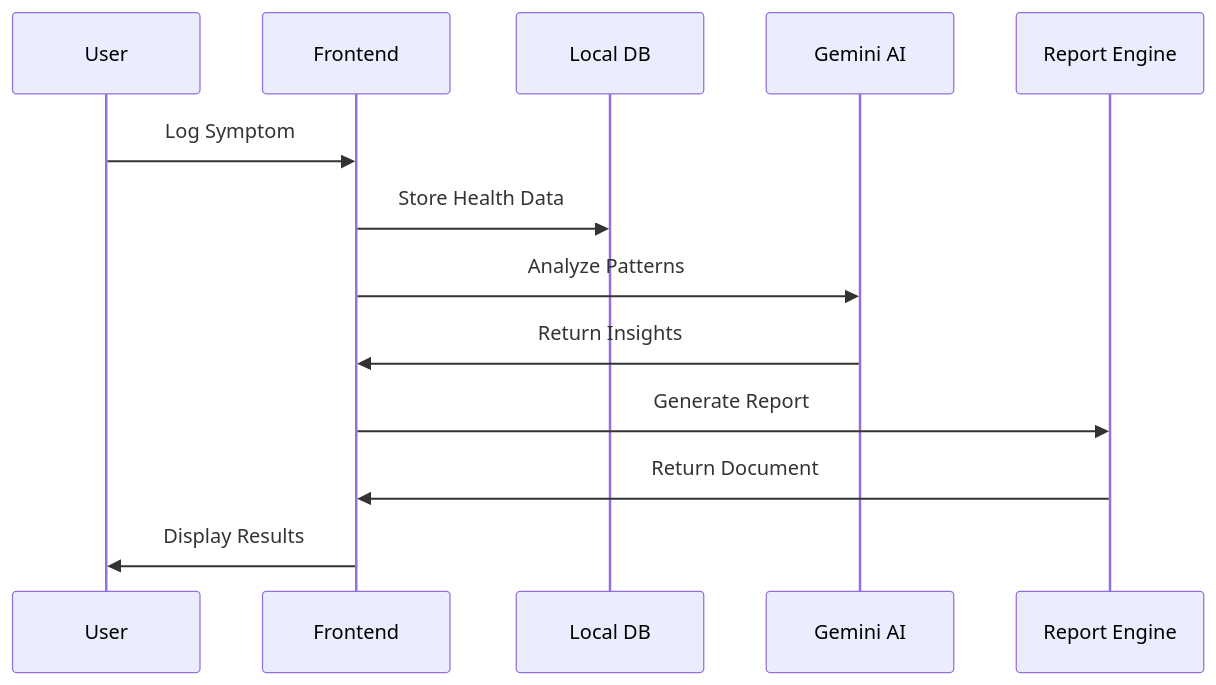
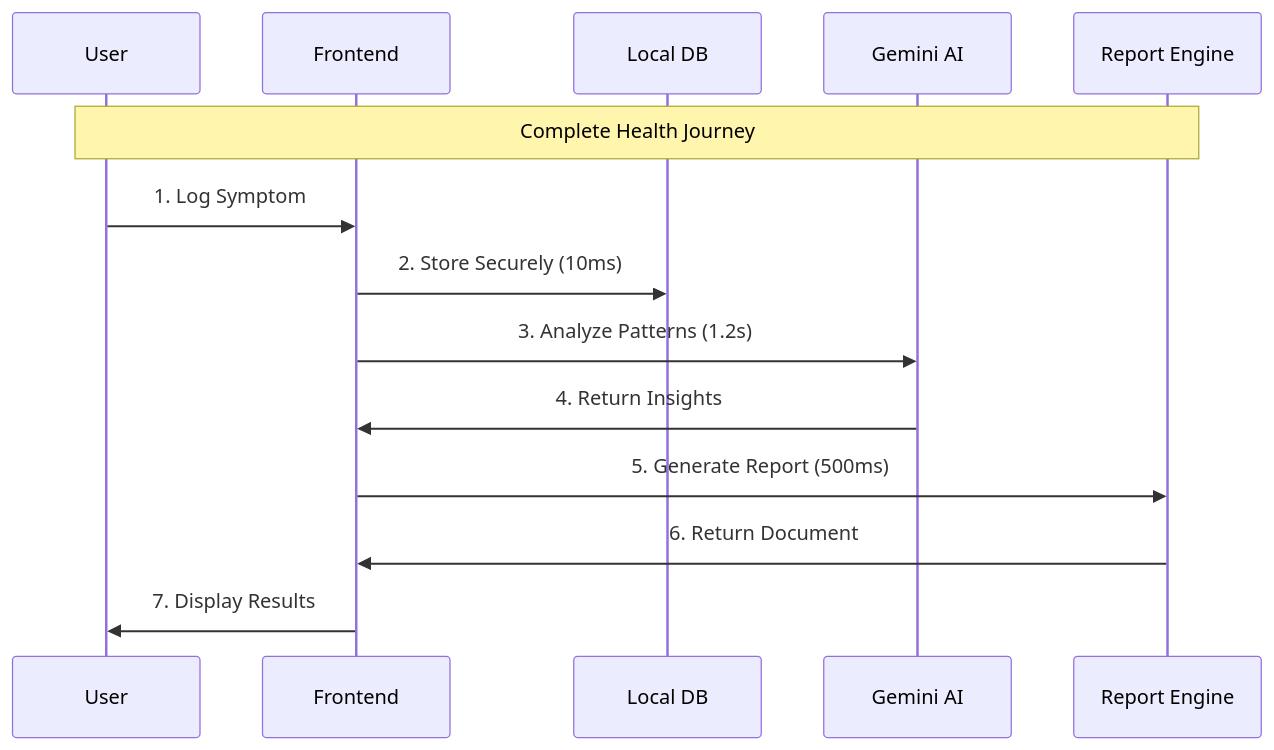
The fifth of 9 diagrams in README.md (Iceman-Dann/Medly), drawn with Mermaid before and after one commit. The commit also changed other lines of this file, not shown here.

Commit message:
Create data-driven README with charts, graphs, and undeniable proof

````diff
--- a/README.md
+++ b/README.md
@@ -84,16 +134,17 @@
 ```mermaid
 sequenceDiagram
     participant U as User
     participant UI as Frontend
     participant DB as Local DB
     participant AI as Gemini AI
     participant PDF as Report Engine
-
-    U->>UI: Log Symptom
-    UI->>DB: Store Health Data
-    UI->>AI: Analyze Patterns
-    AI->>UI: Return Insights
-    UI->>PDF: Generate Report
-    PDF->>UI: Return Document
-    UI->>U: Display Results
+    
+    Note over U,PDF: Complete Health Journey
+    U->>UI: 1. Log Symptom
+    UI->>DB: 2. Store Securely (10ms)
+    UI->>AI: 3. Analyze Patterns (1.2s)
+    AI->>UI: 4. Return Insights
+    UI->>PDF: 5. Generate Report (500ms)
+    PDF->>UI: 6. Return Document
+    UI->>U: 7. Display Results
 ```
````
